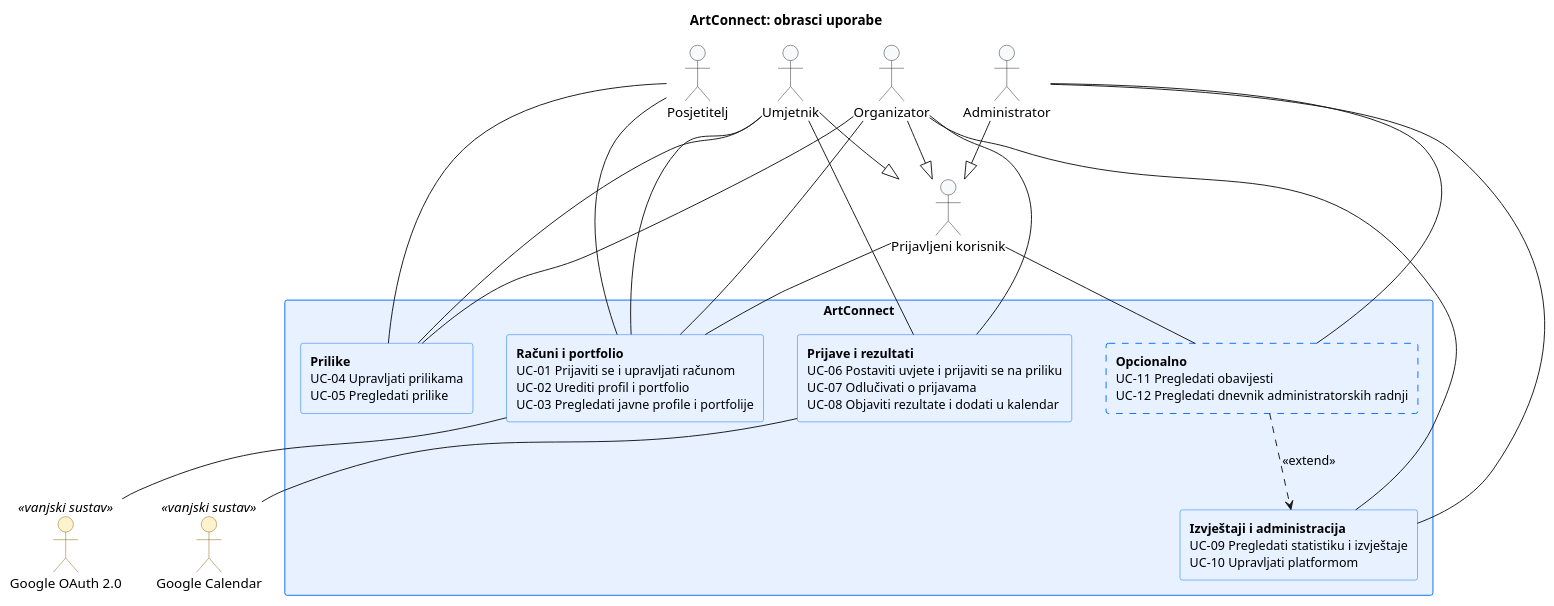
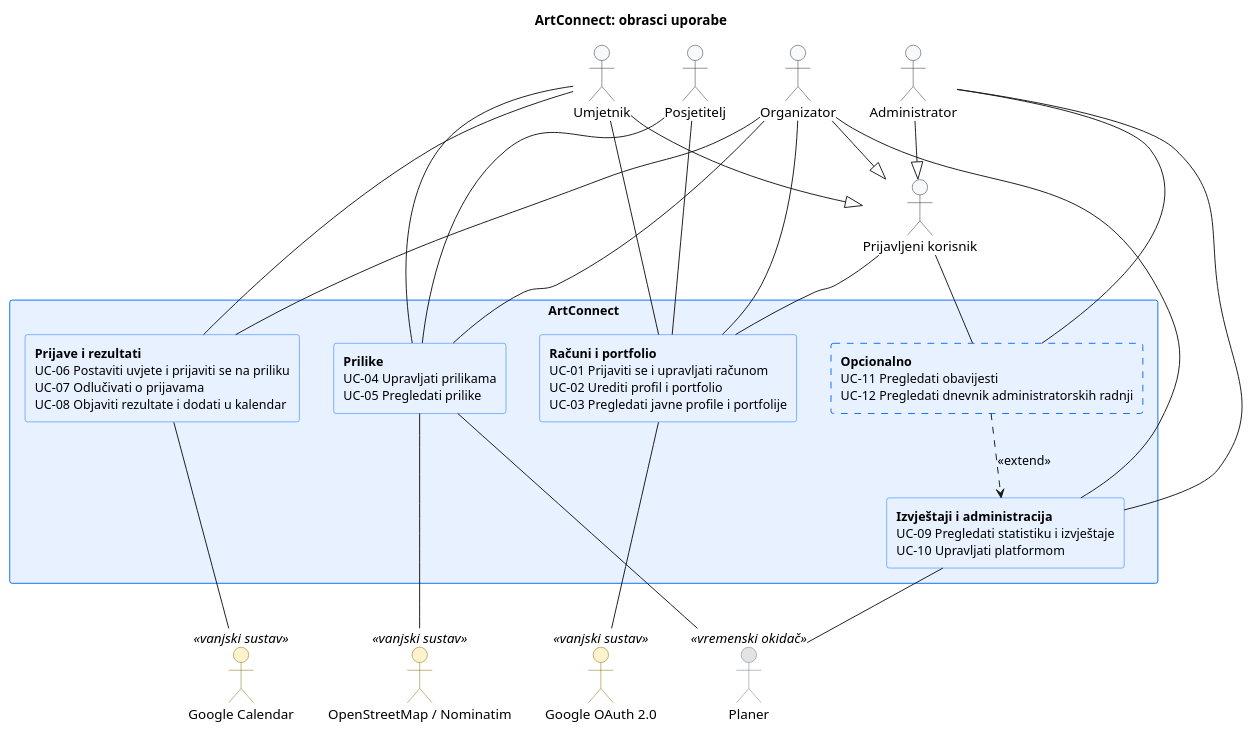
Before and after one commit to LD05-fk/Strumfovi: the diagram in docs/puml/3-1-artconnect-system-UC.puml, drawn with PlantUML. The commit also changed 11 other files, not shown here.

```diff
--- a/docs/puml/3-1-artconnect-system-UC.puml
+++ b/docs/puml/3-1-artconnect-system-UC.puml
@@ -1,68 +1,75 @@
 @startuml
 title ArtConnect: obrasci uporabe
 top to bottom direction
 skinparam shadowing false
 skinparam defaultFontName Arial
 
 skinparam actor {
     BackgroundColor #F8F9FA
     BorderColor #212529
     BackgroundColor<<vanjski sustav>> #FFF3CD
     BorderColor<<vanjski sustav>> #856404
+    BackgroundColor<<vremenski okidač>> #E2E3E5
+    BorderColor<<vremenski okidač>> #6C757D
 }
 
 skinparam rectangle {
     BackgroundColor #E7F1FF
     BorderColor #0D6EFD
     FontSize 13
 }
 
 together {
   actor "Posjetitelj" as Posjetitelj
   actor "Umjetnik" as Umjetnik
   actor "Organizator" as Organizator
   actor "Administrator" as Administrator
 }
 
 actor "Prijavljeni korisnik" as Prijavljeni
 
 Umjetnik --|> Prijavljeni
 Organizator --|> Prijavljeni
 Administrator --|> Prijavljeni
 
 together {
   actor "Google OAuth 2.0" as GoogleOAuth <<vanjski sustav>>
   actor "Google Calendar" as GoogleCalendar <<vanjski sustav>>
+  actor "OpenStreetMap / Nominatim" as OSM <<vanjski sustav>>
+  actor "Planer" as Planer <<vremenski okidač>>
 }
 
 rectangle "ArtConnect" {
   rectangle "**Računi i portfolio**\nUC-01 Prijaviti se i upravljati računom\nUC-02 Urediti profil i portfolio\nUC-03 Pregledati javne profile i portfolije" as Racuni
   rectangle "**Prilike**\nUC-04 Upravljati prilikama\nUC-05 Pregledati prilike" as Prilike
   rectangle "**Prijave i rezultati**\nUC-06 Postaviti uvjete i prijaviti se na priliku\nUC-07 Odlučivati o prijavama\nUC-08 Objaviti rezultate i dodati u kalendar" as Prijave
   rectangle "**Izvještaji i administracija**\nUC-09 Pregledati statistiku i izvještaje\nUC-10 Upravljati platformom" as Izvjestaji
   rectangle "**Opcionalno**\nUC-11 Pregledati obavijesti\nUC-12 Pregledati dnevnik administratorskih radnji" as Opcionalno #line.dashed
 }
 
 Posjetitelj -- Racuni
 Posjetitelj -- Prilike
 
 Prijavljeni -- Racuni
 Prijavljeni -- Opcionalno
 
 Umjetnik -- Racuni
 Umjetnik -- Prijave
 Umjetnik -- Prilike
 
 Organizator -- Racuni
 Organizator -- Prilike
 Organizator -- Prijave
 Organizator -- Izvjestaji
 
 Administrator -- Izvjestaji
 Administrator -- Opcionalno
 
-Opcionalno ..> Izvjestaji : <<extend>>
-
 Racuni -- GoogleOAuth
 Prijave -- GoogleCalendar
+Prilike -- OSM
+Prilike -- Planer
+Izvjestaji -- Planer
+
+Opcionalno ..> Izvjestaji : <<extend>>
 @enduml
```
